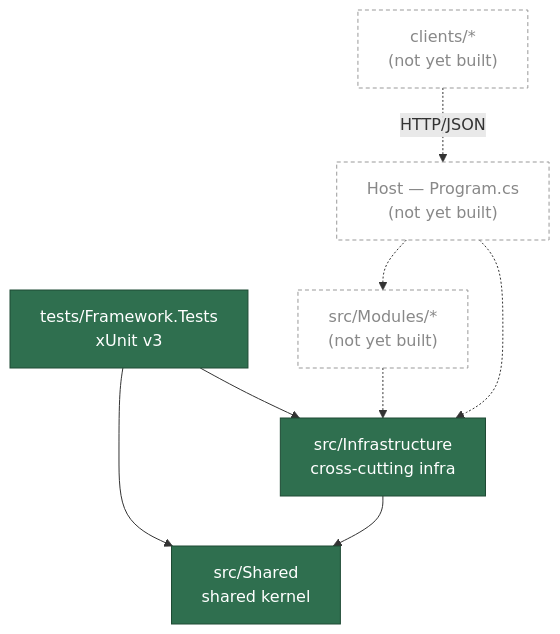
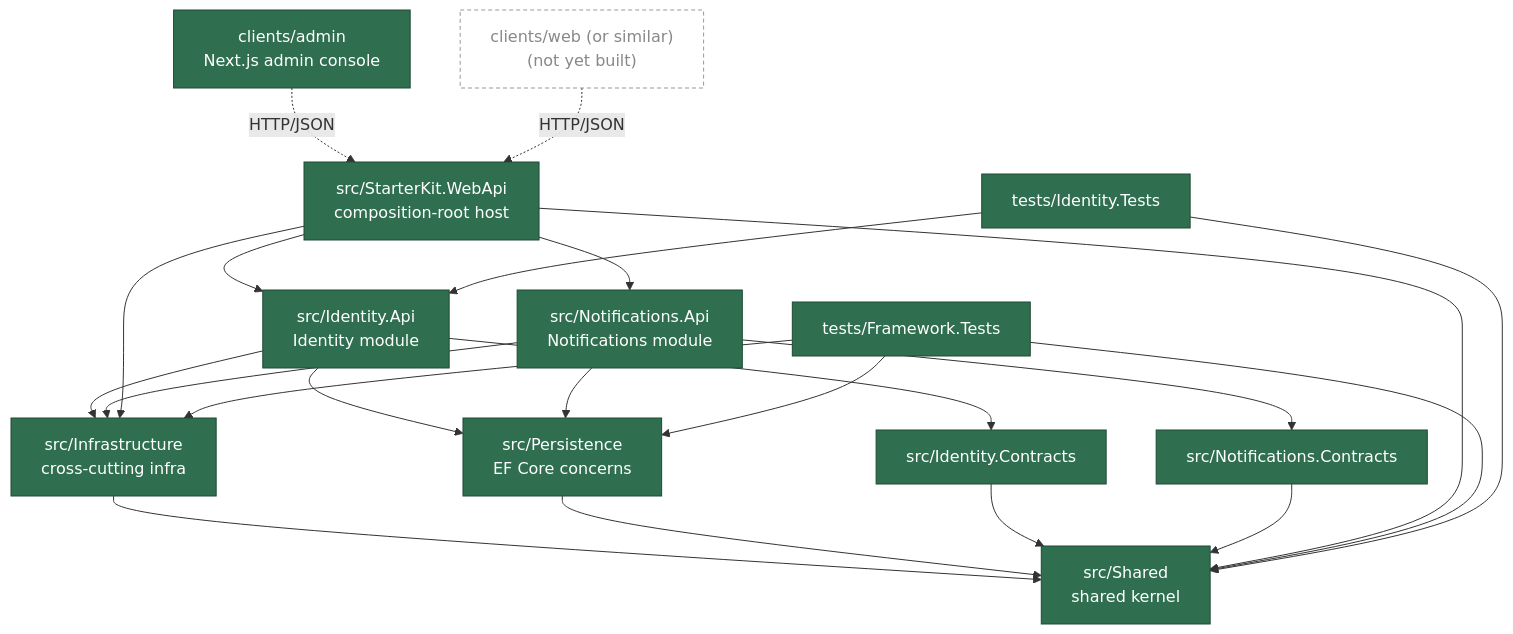
The diagram in README.md (lightdotnet/dotnet-starter-template), drawn with Mermaid before and after one commit. The commit also changed other lines of this file and 3 other files, not shown here.

````diff
--- a/README.md
+++ b/README.md
@@ -32,24 +46,43 @@
 ```mermaid
 graph TD
     Shared["src/Shared<br/>shared kernel"]
     Infra["src/Infrastructure<br/>cross-cutting infra"]
-    Tests["tests/Framework.Tests<br/>xUnit v3"]
-
-    Modules["src/Modules/*<br/>(not yet built)"]
-    Host["Host — Program.cs<br/>(not yet built)"]
-    Clients["clients/*<br/>(not yet built)"]
+    Persistence["src/Persistence<br/>EF Core concerns"]
+    IdentityContracts["src/Identity.Contracts"]
+    IdentityApi["src/Identity.Api<br/>Identity module"]
+    NotifContracts["src/Notifications.Contracts"]
+    NotifApi["src/Notifications.Api<br/>Notifications module"]
+    Host["src/StarterKit.WebApi<br/>composition-root host"]
+    FrameworkTests["tests/Framework.Tests"]
+    IdentityTests["tests/Identity.Tests"]
+    Admin["clients/admin<br/>Next.js admin console"]
+    Web["clients/web (or similar)<br/>(not yet built)"]
 
     Infra --> Shared
-    Tests --> Shared
-    Tests --> Infra
+    Persistence --> Shared
+    IdentityContracts --> Shared
+    IdentityApi --> IdentityContracts
+    IdentityApi --> Infra
+    IdentityApi --> Persistence
+    NotifContracts --> Shared
+    NotifApi --> NotifContracts
+    NotifApi --> Infra
+    NotifApi --> Persistence
+    Host --> IdentityApi
+    Host --> NotifApi
+    Host --> Infra
+    Host --> Shared
+    FrameworkTests --> Shared
+    FrameworkTests --> Infra
+    FrameworkTests --> Persistence
+    IdentityTests --> IdentityApi
+    IdentityTests --> Shared
 
-    Modules -.-> Infra
-    Host -.-> Modules
-    Host -.-> Infra
-    Clients -.HTTP/JSON.-> Host
+    Admin -.HTTP/JSON.-> Host
+    Web -.HTTP/JSON.-> Host
 
     classDef built fill:#2f6f4f,stroke:#1e4a34,color:#fff;
     classDef planned fill:none,stroke:#999,stroke-dasharray: 4 3,color:#888;
-    class Shared,Infra,Tests built;
-    class Modules,Host,Clients planned;
+    class Shared,Infra,Persistence,IdentityContracts,IdentityApi,NotifContracts,NotifApi,Host,FrameworkTests,IdentityTests,Admin built;
+    class Web planned;
 ```
````
